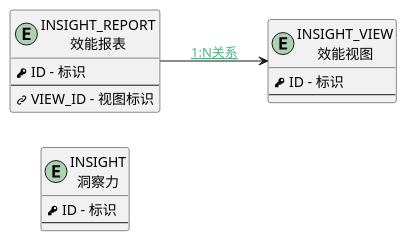
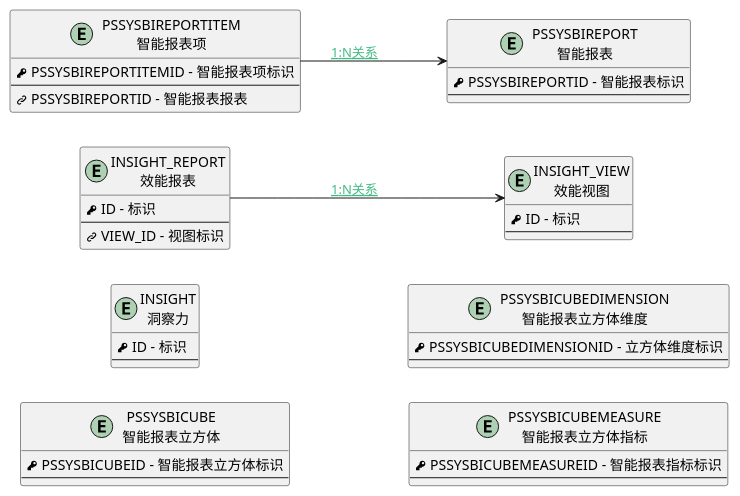
One commit to iBizLab/plm changed the diagram in doc/docsify/er/insight.md. Above: the diagram before and after it, drawn with PlantUML. The commit also changed 1473 other files, not shown here.

````diff
--- a/doc/docsify/er/insight.md
+++ b/doc/docsify/er/insight.md
@@ -4,30 +4,52 @@
 ```plantuml
 @startuml
 skinparam svgLinkTarget _blank
 <style>
 root {
   HyperlinkColor #42b983
 }
 </style>
 left to right direction
 
 entity "INSIGHT\n洞察力" as INSIGHT [[$../module/Base/insight {洞察力}]] {
         <&key> ID - 标识
         --
 }
 entity "INSIGHT_REPORT\n效能报表" as INSIGHT_REPORT [[$../module/Insight/insight_report {效能报表}]] {
         <&key> ID - 标识
         --
         <&link-intact> VIEW_ID - 视图标识
 }
 entity "INSIGHT_VIEW\n效能视图" as INSIGHT_VIEW [[$../module/Insight/insight_view {效能视图}]] {
         <&key> ID - 标识
         --
 }
+entity "PSSYSBICUBE\n智能报表立方体" as PSSYSBICUBE [[$../module/extension/PSSysBICube {智能报表立方体}]] {
+        <&key> PSSYSBICUBEID - 智能报表立方体标识
+        --
+}
+entity "PSSYSBICUBEDIMENSION\n智能报表立方体维度" as PSSYSBICUBEDIMENSION [[$../module/extension/PSSysBICubeDimension {智能报表立方体维度}]] {
+        <&key> PSSYSBICUBEDIMENSIONID - 立方体维度标识
+        --
+}
+entity "PSSYSBICUBEMEASURE\n智能报表立方体指标" as PSSYSBICUBEMEASURE [[$../module/extension/PSSysBICubeMeasure {智能报表立方体指标}]] {
+        <&key> PSSYSBICUBEMEASUREID - 智能报表指标标识
+        --
+}
+entity "PSSYSBIREPORT\n智能报表" as PSSYSBIREPORT [[$../module/extension/PSSysBIReport {智能报表}]] {
+        <&key> PSSYSBIREPORTID - 智能报表标识
+        --
+}
+entity "PSSYSBIREPORTITEM\n智能报表项" as PSSYSBIREPORTITEM [[$../module/extension/PSSysBIReportItem {智能报表项}]] {
+        <&key> PSSYSBIREPORTITEMID - 智能报表项标识
+        --
+        <&link-intact> PSSYSBIREPORTID - 智能报表报表
+}
 
 INSIGHT_REPORT--> INSIGHT_VIEW : [[$../der/DER1N_INSIGHT_REPORT_INSIGHT_VIEW_VIEW_ID{DER1N_INSIGHT_REPORT_INSIGHT_VIEW_VIEW_ID} 1:N关系]]
+PSSYSBIREPORTITEM--> PSSYSBIREPORT : [[$../der/DER1N_PSSYSBIREPORTITEM_PSSYSBIREPORT_PSSYSBIREPORTID{DER1N_PSSYSBIREPORTITEM_PSSYSBIREPORT_PSSYSBIREPORTID} 1:N关系]]
 
 
 hide methods
 @enduml
 ```
````
